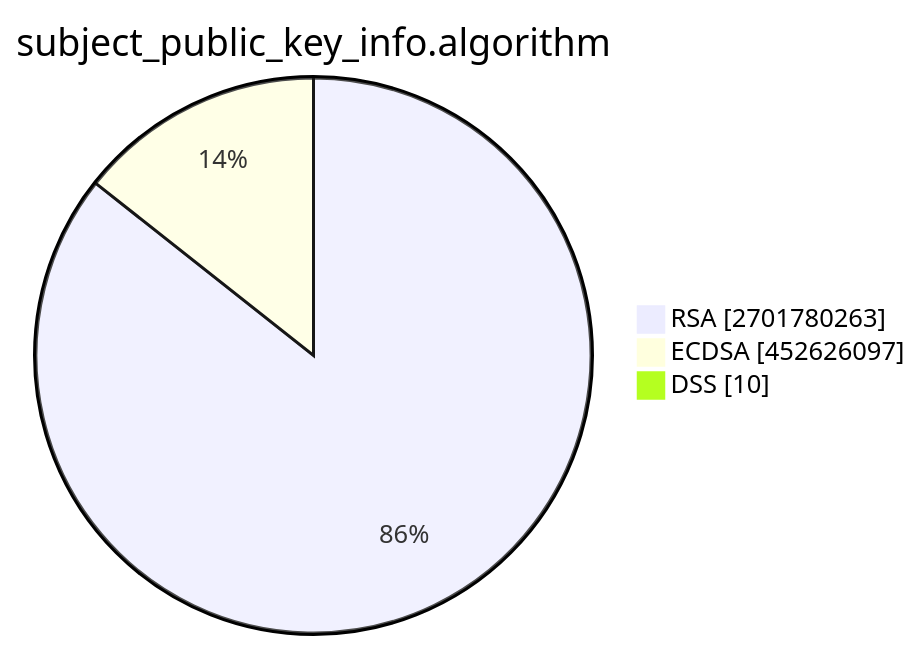
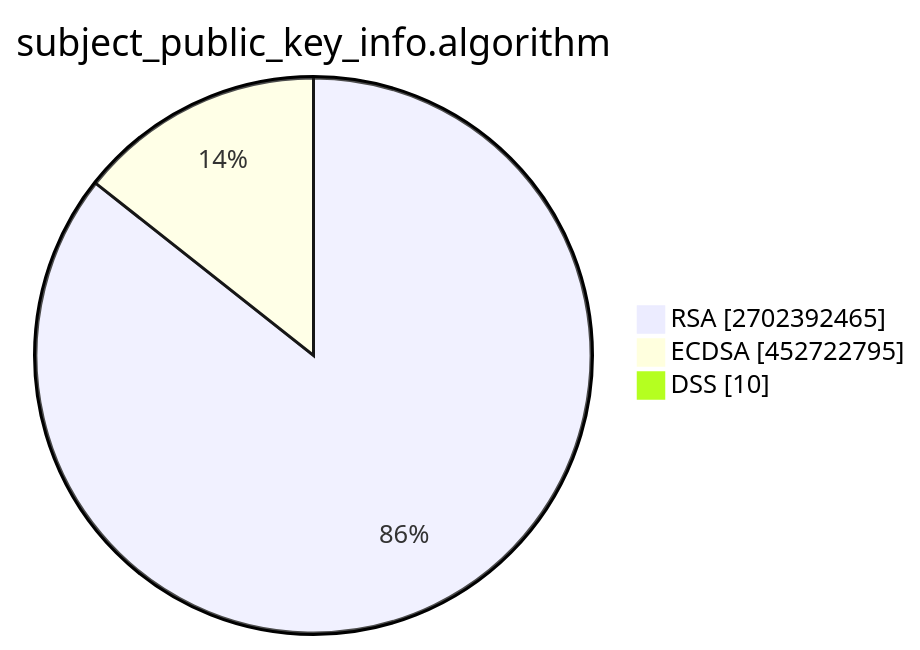
The second of 15 diagrams in TOTAL/README.md (christiankrug/ctmonitor_visualization), drawn with Mermaid before and after one commit. The commit also changed other lines of this file, not shown here.

````diff
--- a/TOTAL/README.md
+++ b/TOTAL/README.md
@@ -6,7 +6,7 @@
 ```mermaid
 pie showData
 title subject_public_key_info.algorithm
-"RSA" :2701780263
-"ECDSA" :452626097
+"RSA" :2702392465
+"ECDSA" :452722795
 "DSS" :10
 ```
````
